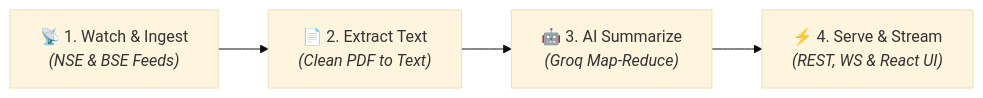
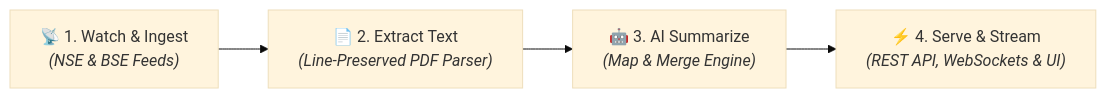
Before and after one commit to Shreya-Wani/concall-intelligence-pipeline: the diagram in README.md, drawn with Mermaid (base theme). The commit also changed other lines of this file and 27 other files, not shown here.

````diff
--- a/README.md
+++ b/README.md
@@ -23,6 +9,6 @@
 ```mermaid
 flowchart LR
-    A["📡 1. Watch & Ingest<br/><i>(NSE & BSE Feeds)</i>"] --> B["📄 2. Extract Text<br/><i>(Clean PDF to Text)</i>"]
-    B --> C["🤖 3. AI Summarize<br/><i>(Groq Map-Reduce)</i>"]
-    C --> D["⚡ 4. Serve & Stream<br/><i>(REST, WS & React UI)</i>"]
+    A["📡 1. Watch & Ingest<br/><i>(NSE & BSE Feeds)</i>"] --> B["📄 2. Extract Text<br/><i>(Line-Preserved PDF Parser)</i>"]
+    B --> C["🤖 3. AI Summarize<br/><i>(Map & Merge Engine)</i>"]
+    C --> D["⚡ 4. Serve & Stream<br/><i>(REST API, WebSockets & UI)</i>"]
 ```
````
